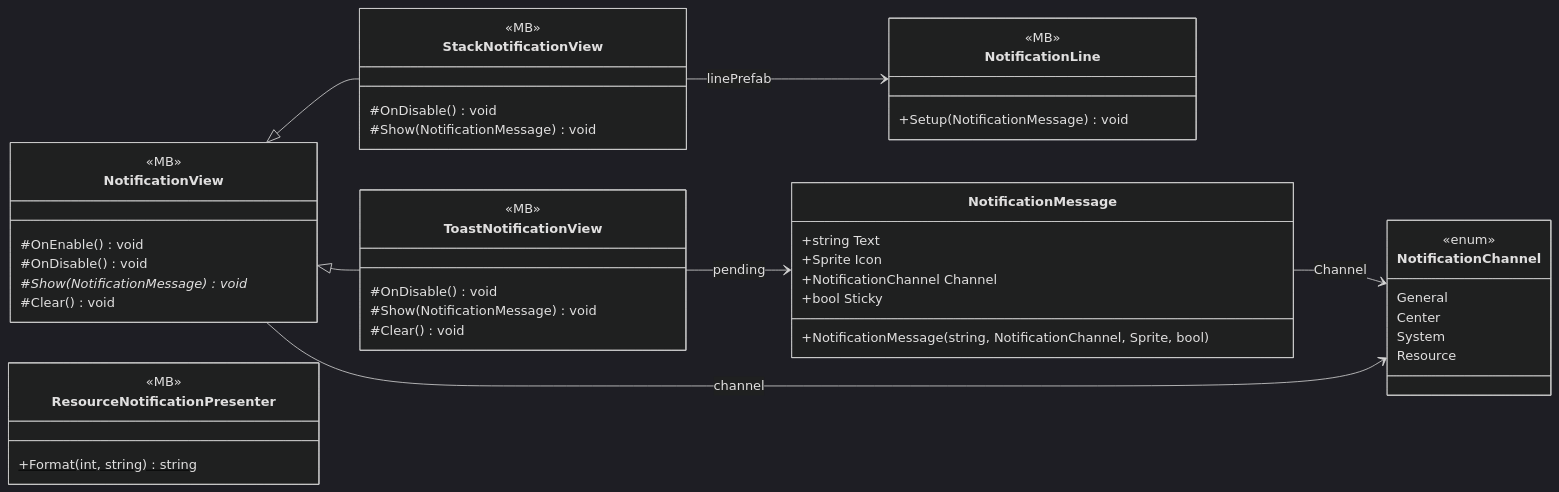
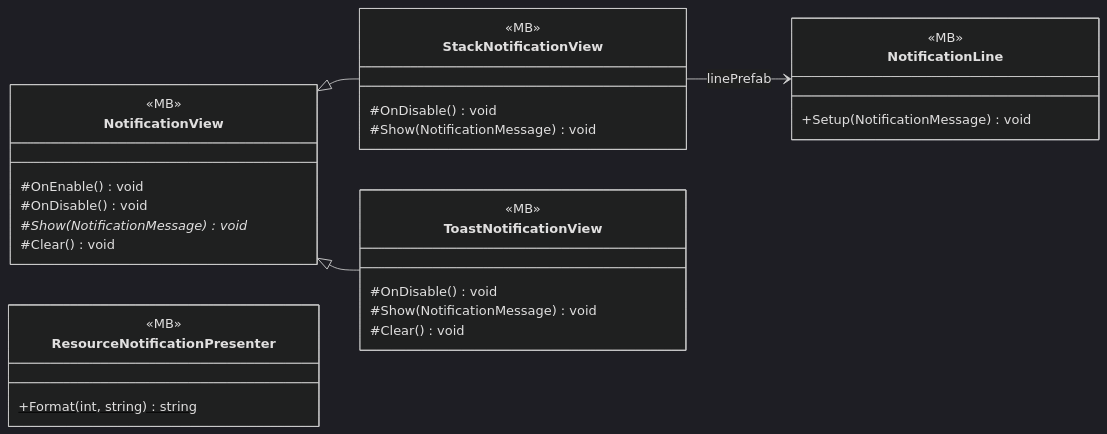
Before and after one commit to PhumipatWave/project-ocean: the diagram in docs/uml/modules/UI_Notifications.md, drawn with Mermaid (dark theme). The commit also changed other lines of this file and 191 other files, not shown here.

````diff
--- a/docs/uml/modules/UI_Notifications.md
+++ b/docs/uml/modules/UI_Notifications.md
@@ -7,51 +7,34 @@
 ```mermaid
 classDiagram
   direction LR
-  class NotificationChannel {
-    <<enum>>
-    General
-    Center
-    System
-    Resource
-  }
   class NotificationLine {
     <<MB>>
     +Setup(NotificationMessage) void
-  }
-  class NotificationMessage {
-    +string Text
-    +Sprite Icon
-    +NotificationChannel Channel
-    +bool Sticky
-    +NotificationMessage(string, NotificationChannel, Sprite, bool)
   }
   class NotificationView {
     <<MB>>
     <<abstract>>
     #OnEnable() void
     #OnDisable() void
     #Show(NotificationMessage)* void
     #Clear() void
   }
   class ResourceNotificationPresenter {
     <<MB>>
     +Format(int, string)$ string
   }
   class StackNotificationView {
     <<MB>>
     #OnDisable() void
     #Show(NotificationMessage) void
   }
   class ToastNotificationView {
     <<MB>>
     #OnDisable() void
     #Show(NotificationMessage) void
     #Clear() void
   }
-  NotificationMessage --> NotificationChannel : Channel
-  NotificationView --> NotificationChannel : channel
   NotificationView <|-- StackNotificationView
   NotificationView <|-- ToastNotificationView
   StackNotificationView --> NotificationLine : linePrefab
-  ToastNotificationView --> NotificationMessage : pending
 ```
````
